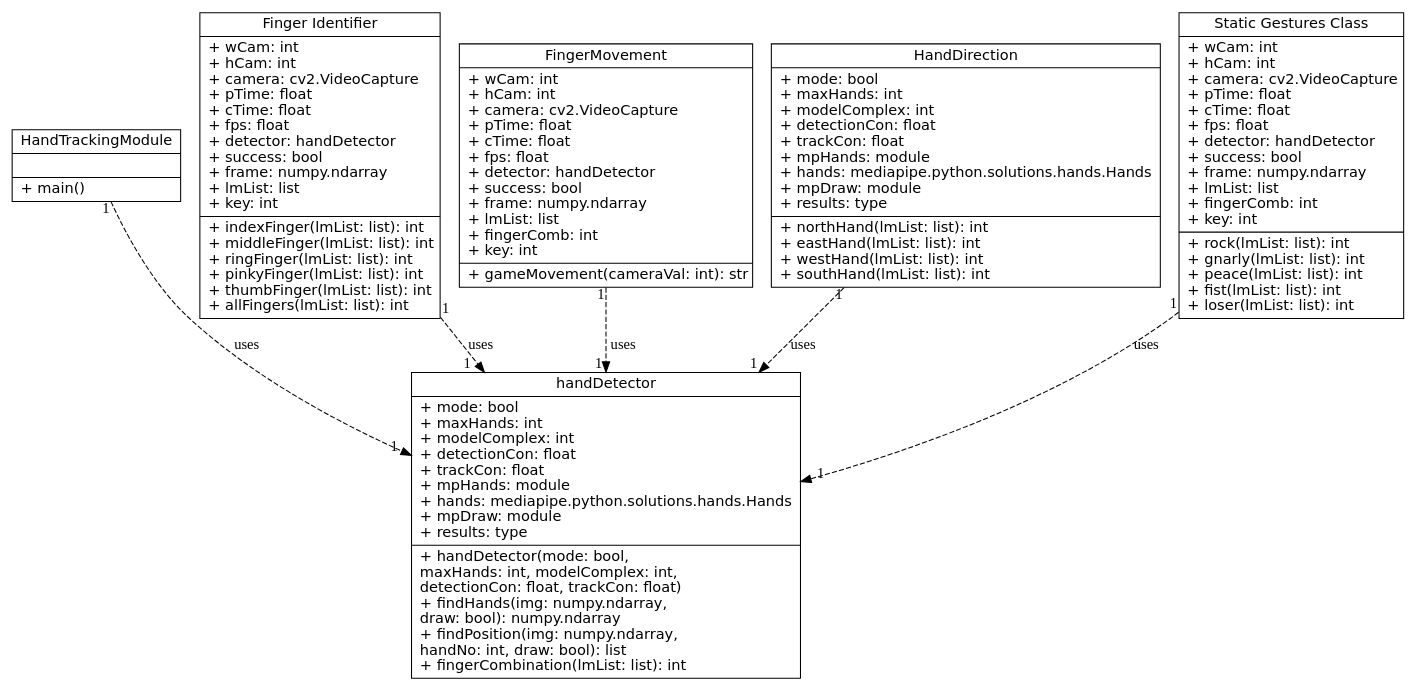
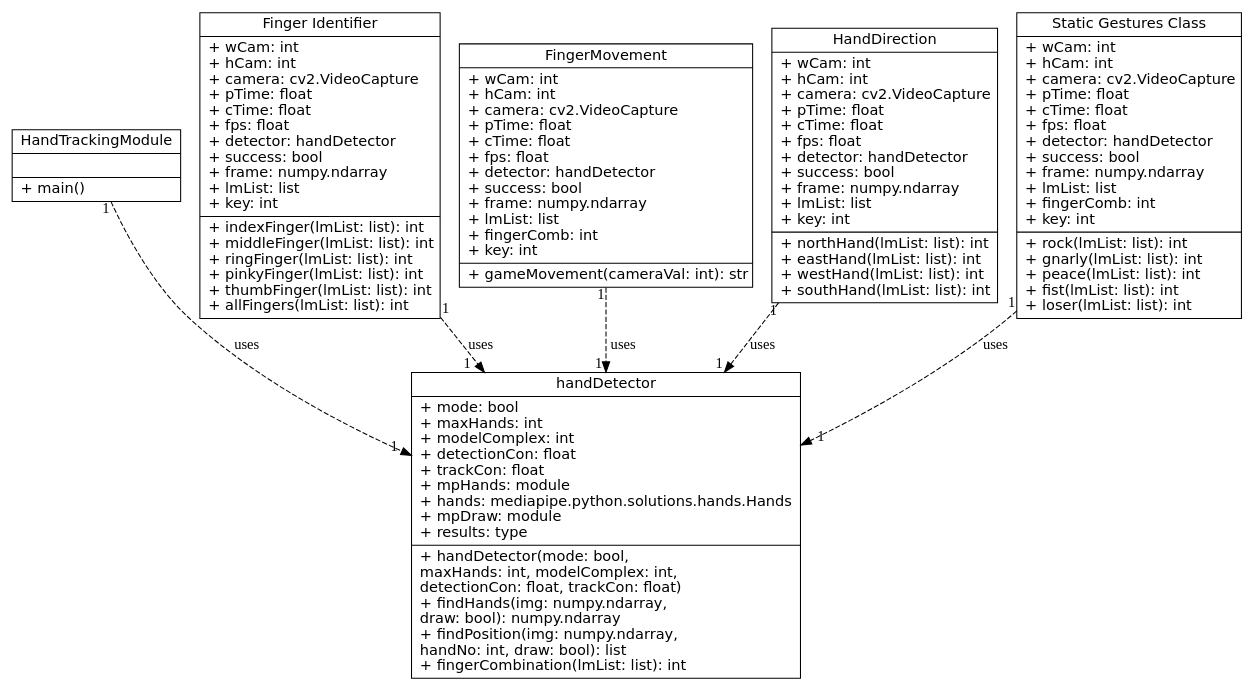
The diagram in Gestures.UML.dot (CIS3296SoftwareDesignF21/prj-03-gaming-with-gestures), drawn with Graphviz before and after one commit. The commit also changed 1 other file, not shown here.

Commit message:
fixed HandDirection fields in UML diagram

```diff
--- a/Gestures.UML.dot
+++ b/Gestures.UML.dot
@@ -1,127 +1,129 @@
 digraph GamingWithGestures {
     node [
         shape = "record"
         fontname = "Verdana,DejaVu Sans,Bitstream Vera Sans"
     ];
 
     HandTrackingModule [
         label = "{\N||+
             main()\l
         }";
     ];
 
     handDetector [
         label = "{\N
             |+
                 mode: bool\l+
                 maxHands: int\l+
                 modelComplex: int\l+
                 detectionCon: float\l+
                 trackCon: float\l+
                 mpHands: module\l+
                 hands: mediapipe.python.solutions.hands.Hands\l+
                 mpDraw: module\l+
                 results: type\l
             |+
                 handDetector(mode: bool,\l maxHands: int, modelComplex: int,\l detectionCon: float, trackCon: float)\l+
                 findHands(img: numpy.ndarray,\l draw: bool): numpy.ndarray\l+
                 findPosition(img: numpy.ndarray,\l handNo: int, draw: bool): list\l+
                 fingerCombination(lmList: list): int\l
         }"
     ]
 
     FingerIdentifier [
         label = "{Finger Identifier
             |+
                 wCam: int\l+
                 hCam: int\l+
                 camera: cv2.VideoCapture\l+
                 pTime: float\l+
                 cTime: float\l+
                 fps: float\l+
                 detector: handDetector\l+
                 success: bool\l+
                 frame: numpy.ndarray\l+
                 lmList: list\l+
                 key: int\l
             |+
                 indexFinger(lmList: list): int\l+
                 middleFinger(lmList: list): int\l+
                 ringFinger(lmList: list): int\l+
                 pinkyFinger(lmList: list): int\l+
                 thumbFinger(lmList: list): int\l+
                 allFingers(lmList: list): int\l
         }"
     ];
 
     FingerMovement [
         label = "{\N
             |+
                 wCam: int\l+
                 hCam: int\l+
                 camera: cv2.VideoCapture\l+
                 pTime: float\l+
                 cTime: float\l+
                 fps: float\l+
                 detector: handDetector\l+
                 success: bool\l+
                 frame: numpy.ndarray\l+
                 lmList: list\l+
                 fingerComb: int\l+
                 key: int\l
             |+
                 gameMovement(cameraVal: int): str\l
         }"
     ]
 
     HandDirection [
         label = "{\N
             |+
-                mode: bool\l+
-                maxHands: int\l+
-                modelComplex: int\l+
-                detectionCon: float\l+
-                trackCon: float\l+
-                mpHands: module\l+
-                hands: mediapipe.python.solutions.hands.Hands\l+
-                mpDraw: module\l+
-                results: type\l
+                wCam: int\l+
+                hCam: int\l+
+                camera: cv2.VideoCapture\l+
+                pTime: float\l+
+                cTime: float\l+
+                fps: float\l+
+                detector: handDetector\l+
+                success: bool\l+
+                frame: numpy.ndarray\l+
+                lmList: list\l+
+                key: int\l
             |+
                 northHand(lmList: list): int\l+
                 eastHand(lmList: list): int\l+
                 westHand(lmList: list): int\l+
                 southHand(lmList: list): int\l
         }"
     ];
 
     StaticGesturesClass [
         label = "{Static Gestures Class
             |+
                 wCam: int\l+
                 hCam: int\l+
                 camera: cv2.VideoCapture\l+
                 pTime: float\l+
                 cTime: float\l+
                 fps: float\l+
                 detector: handDetector\l+
                 success: bool\l+
                 frame: numpy.ndarray\l+
                 lmList: list\l+
                 fingerComb: int\l+
                 key: int\l
             |+
                 rock(lmList: list): int\l+
                 gnarly(lmList: list): int\l+
                 peace(lmList: list): int\l+
                 fist(lmList: list): int\l+
                 loser(lmList: list): int\l
         }"
     ]
 
     HandTrackingModule -> handDetector [style="dashed", taillabel="1", label="uses", headlabel="1   "];
     FingerIdentifier -> handDetector [style="dashed", taillabel="1", label="uses", headlabel="1   "];
     FingerMovement -> handDetector [style="dashed", taillabel="1", label="uses", headlabel="1 "];
     HandDirection -> handDetector [style="dashed", taillabel="1", label="uses", headlabel="1"];
     StaticGesturesClass -> handDetector [style="dashed", taillabel="1", label="uses", headlabel="    1"];
     
 }
```
